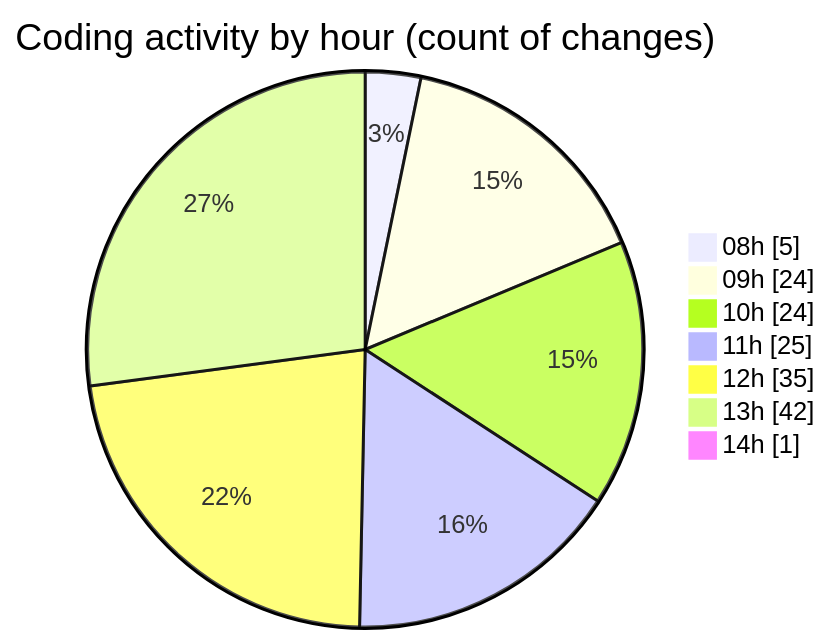
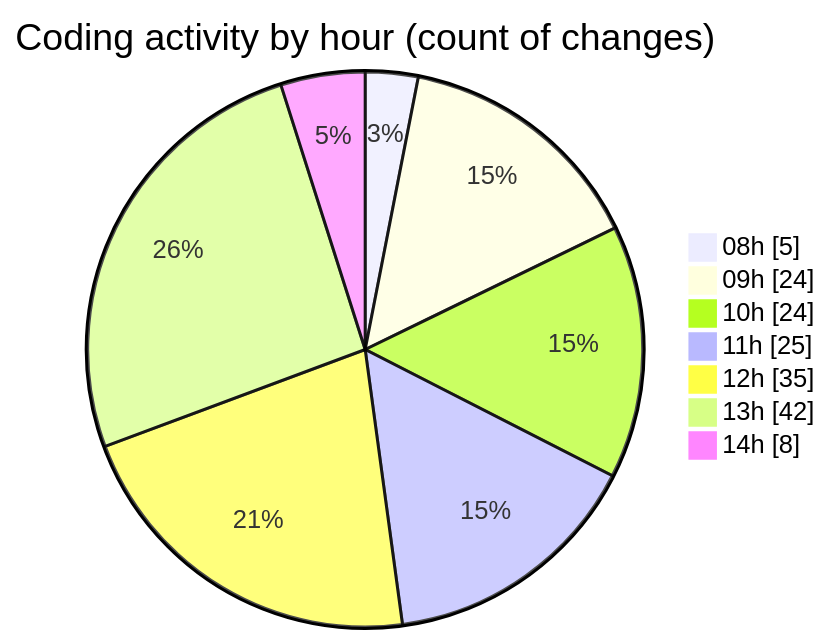
One commit to momahboobian/code-tracking changed the second of 2 diagrams in 2025-11-24/cda/README.md. Above: the diagram before and after it, drawn with Mermaid. The commit also changed other lines of this file and 1 other file, not shown here.

````diff
--- a/2025-11-24/cda/README.md
+++ b/2025-11-24/cda/README.md
@@ -43,11 +43,11 @@
 ```mermaid
 pie showData
 title Coding activity by hour (count of changes)
 "08h" : 5
 "09h" : 24
 "10h" : 24
 "11h" : 25
 "12h" : 35
 "13h" : 42
-"14h" : 1
+"14h" : 8
 ```
````
